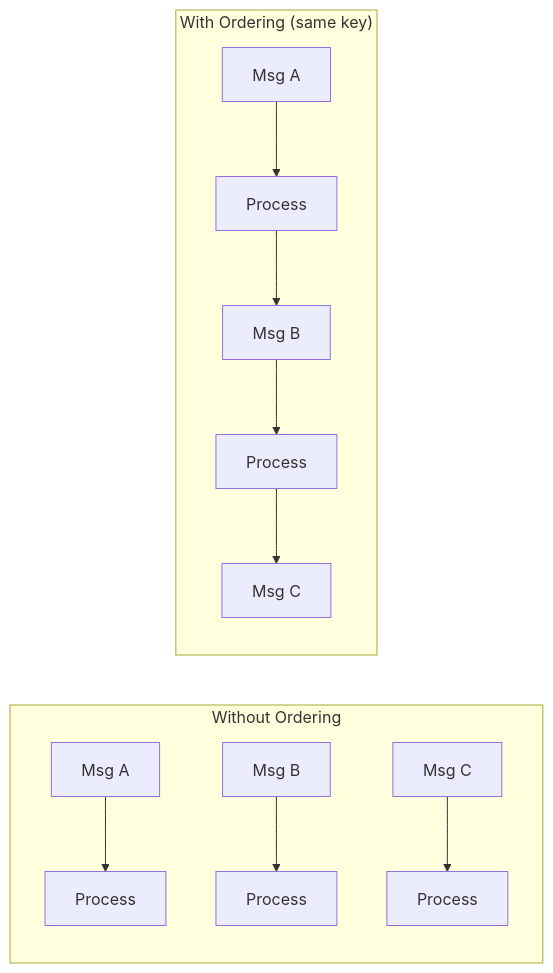
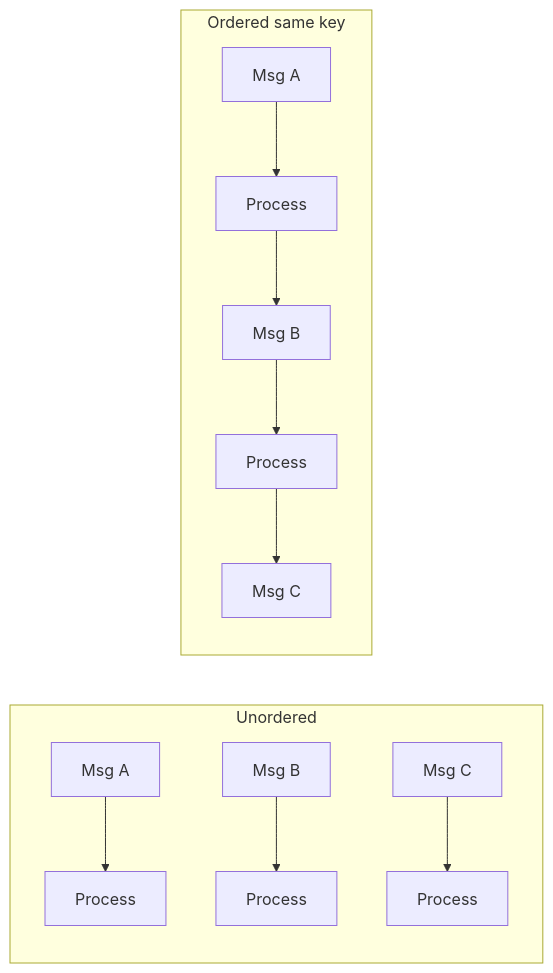
Before and after one commit to matheusvnm/fastpubsub: the second of 2 diagrams in docs/markdown/advanced/ordering.md, drawn with Mermaid. The commit also changed other lines of this file and 18 other files, not shown here.

````diff
--- a/docs/markdown/advanced/ordering.md
+++ b/docs/markdown/advanced/ordering.md
@@ -125,12 +86,12 @@
 ```mermaid
 graph LR
-    subgraph "Without Ordering"
-        A1[Msg A] --> P1[Process]
-        B1[Msg B] --> P2[Process]
-        C1[Msg C] --> P3[Process]
+    subgraph Unordered
+      A1[Msg A] --> P1[Process]
+      B1[Msg B] --> P2[Process]
+      C1[Msg C] --> P3[Process]
     end
 
-    subgraph "With Ordering (same key)"
-        A2[Msg A] --> P4[Process] --> B2[Msg B] --> P5[Process] --> C2[Msg C]
+    subgraph Ordered same key
+      A2[Msg A] --> P4[Process] --> B2[Msg B] --> P5[Process] --> C2[Msg C]
     end
 ```
````
